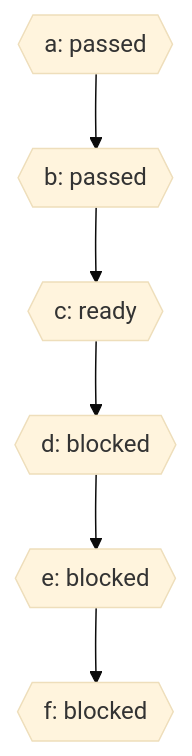
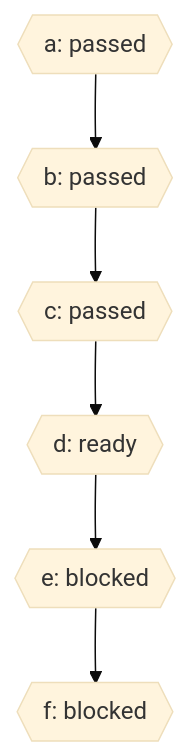
The diagram in docs/10-plans/conversation-and-review-recovery/dag.mmd (gosomea/dsh-task-supervisor), drawn with Mermaid (base theme) before and after one commit. The commit also changed 14 other files, not shown here.

```diff
--- a/docs/10-plans/conversation-and-review-recovery/dag.mmd
+++ b/docs/10-plans/conversation-and-review-recovery/dag.mmd
@@ -1,12 +1,12 @@
 flowchart TD
   a{{"a: passed"}}
   b{{"b: passed"}}
   a --> b
-  c{{"c: ready"}}
+  c{{"c: passed"}}
   b --> c
-  d{{"d: blocked"}}
+  d{{"d: ready"}}
   c --> d
   e{{"e: blocked"}}
   d --> e
   f{{"f: blocked"}}
   e --> f
```
